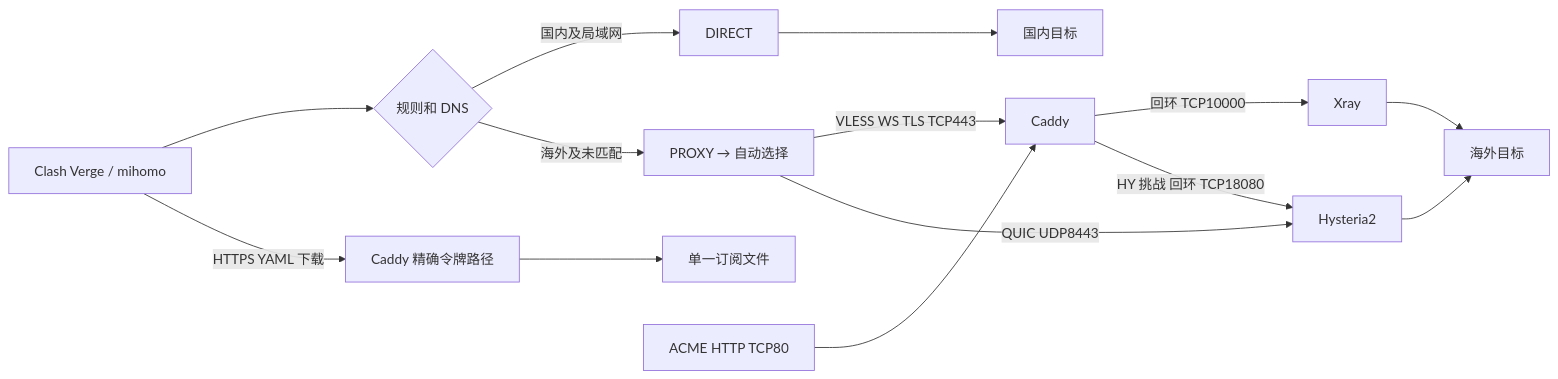
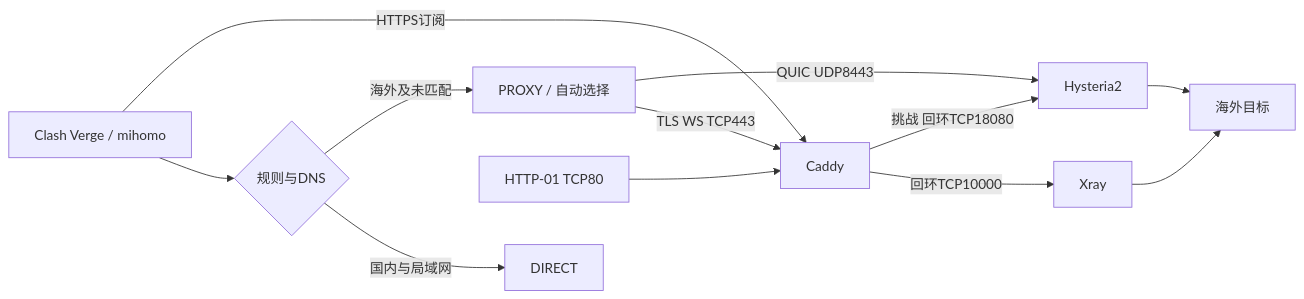
The diagram in 项目最终架构.md (BugYuan64/Node), drawn with Mermaid before and after one commit. The commit also changed other lines of this file and 10 other files, not shown here.

```diff
--- a/项目最终架构.md
+++ b/项目最终架构.md
@@ -5,16 +7,14 @@
 ~~~mermaid
 flowchart LR
-    M[Clash Verge / mihomo] --> R{规则和 DNS}
-    R -->|国内及局域网| D[DIRECT]
-    D --> CN[国内目标]
-    R -->|海外及未匹配| A[PROXY → 自动选择]
-    A -->|VLESS WS TLS TCP443| C[Caddy]
-    C -->|回环 TCP10000| X[Xray]
-    A -->|QUIC UDP8443| H[Hysteria2]
+    M[Clash Verge / mihomo] --> R{规则与DNS}
+    R -->|国内与局域网| D[DIRECT]
+    R -->|海外及未匹配| G[PROXY / 自动选择]
+    G -->|TLS WS TCP443| C[Caddy]
+    C -->|回环TCP10000| X[Xray]
+    G -->|QUIC UDP8443| H[Hysteria2]
     X --> F[海外目标]
     H --> F
-    M -->|HTTPS YAML 下载| S[Caddy 精确令牌路径]
-    S --> Y[单一订阅文件]
-    AC[ACME HTTP TCP80] --> C
-    C -->|HY 挑战 回环 TCP18080| H
+    M -->|HTTPS订阅| C
+    AC[HTTP-01 TCP80] --> C
+    C -->|挑战 回环TCP18080| H
 ~~~
```
